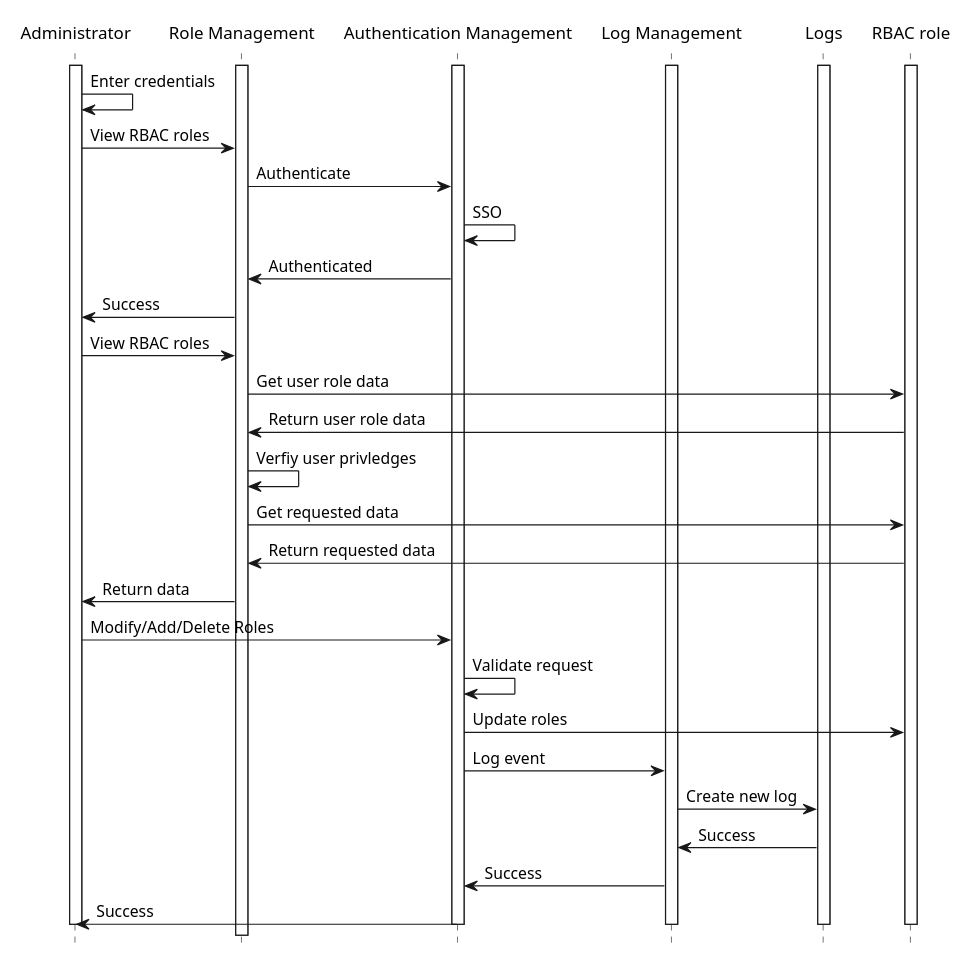
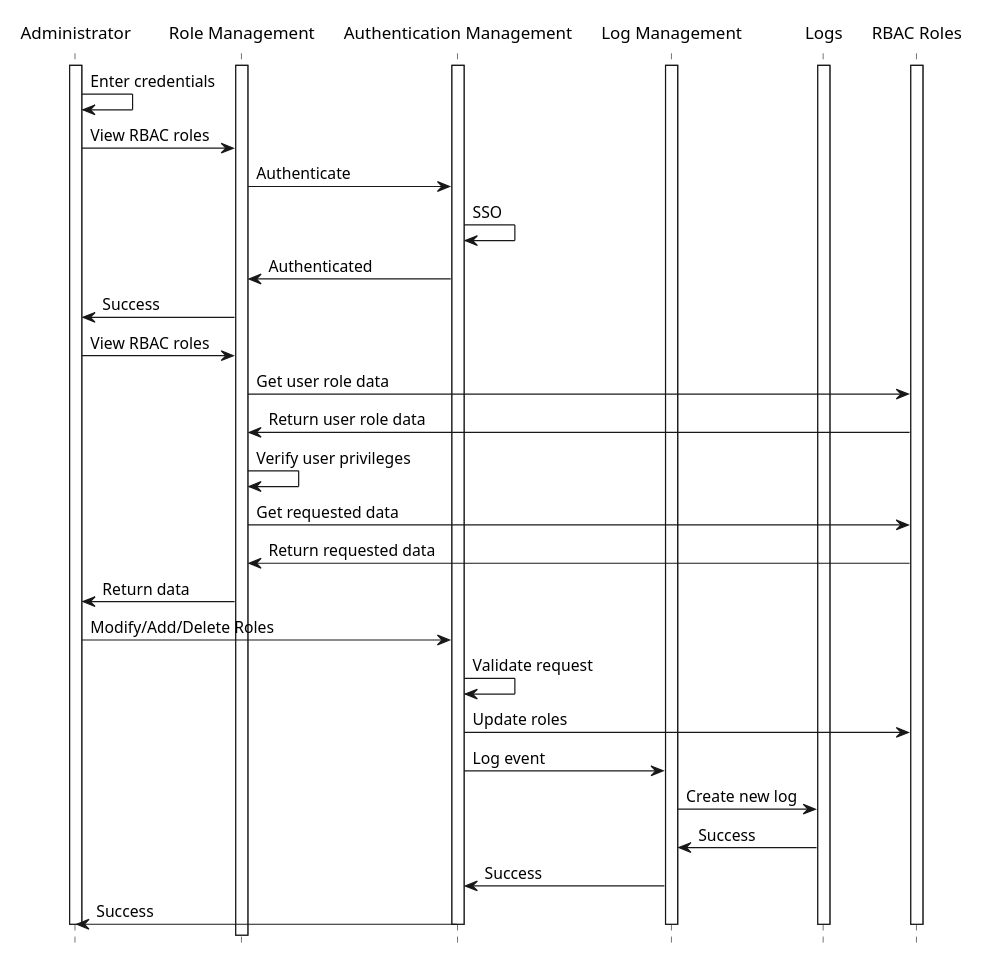
One commit to kailashsrirang/3a04-deliverable3 changed the diagram in seq-diag/BE4.puml. Above: the diagram before and after it, drawn with PlantUML. The commit also changed 3 other files, not shown here.

```diff
--- a/seq-diag/BE4.puml
+++ b/seq-diag/BE4.puml
@@ -2,61 +2,61 @@
 @startuml
 
 hide footbox
 
 skinparam ParticipantBorderColor transparent
 skinparam ParticipantBackgroundColor transparent
 skinparam ActorBorderColor transparent
 skinparam ActorBackgroundColor transparent
 
 participant "Administrator" as A
 participant "Role Management" as RM
 participant "Authentication Management" as AM
 participant "Log Management" as LM
 participant "Logs" as DB
-participant "RBAC role" as RBAC
+participant "RBAC Roles" as RBAC
 
 
 activate A
 activate RM
 activate AM
 activate RBAC
 activate DB
 activate LM
 
 A -> A : Enter credentials
 A -> RM : View RBAC roles
 RM -> AM : Authenticate
 AM -> AM : SSO
 AM -> RM : Authenticated
 RM -> A : Success
 
 A -> RM : View RBAC roles
 RM -> RBAC : Get user role data
 RBAC -> RM : Return user role data
-RM -> RM : Verfiy user privledges
+RM -> RM : Verify user privileges
 RM -> RBAC : Get requested data
 RBAC -> RM : Return requested data
 RM -> A : Return data
 
 A->AM : Modify/Add/Delete Roles
 AM->AM : Validate request
 AM -> RBAC : Update roles
 AM -> LM : Log event
 LM -> DB : Create new log
 DB -> LM : Success
 LM -> AM : Success
 AM -> A : Success
 
 
 
 deactivate A
 deactivate AM
 deactivate RBAC
 deactivate DB
 deactivate LM
 
 
 
 
 
 @enduml
```
